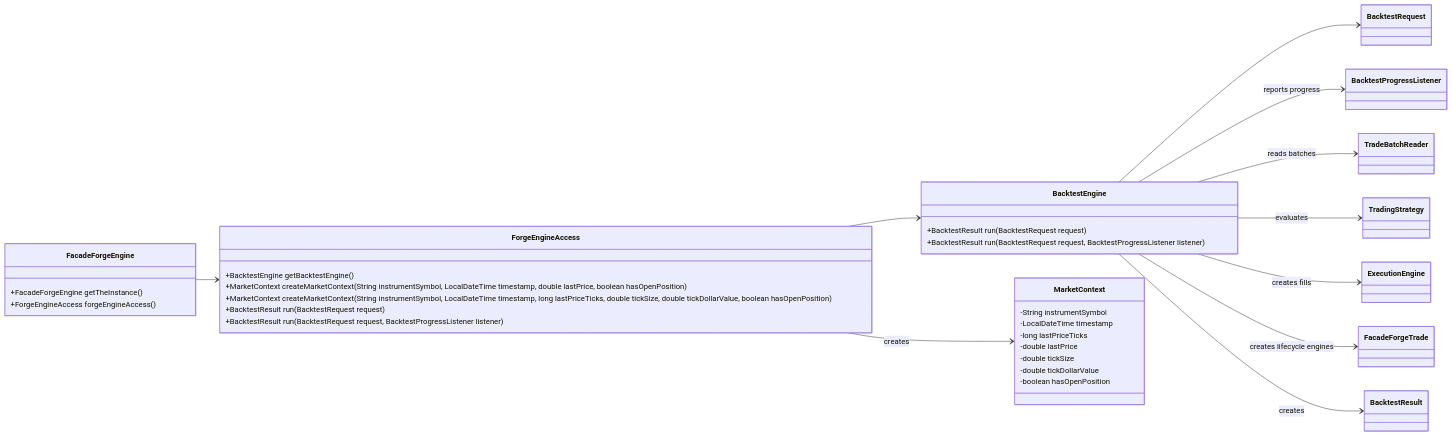
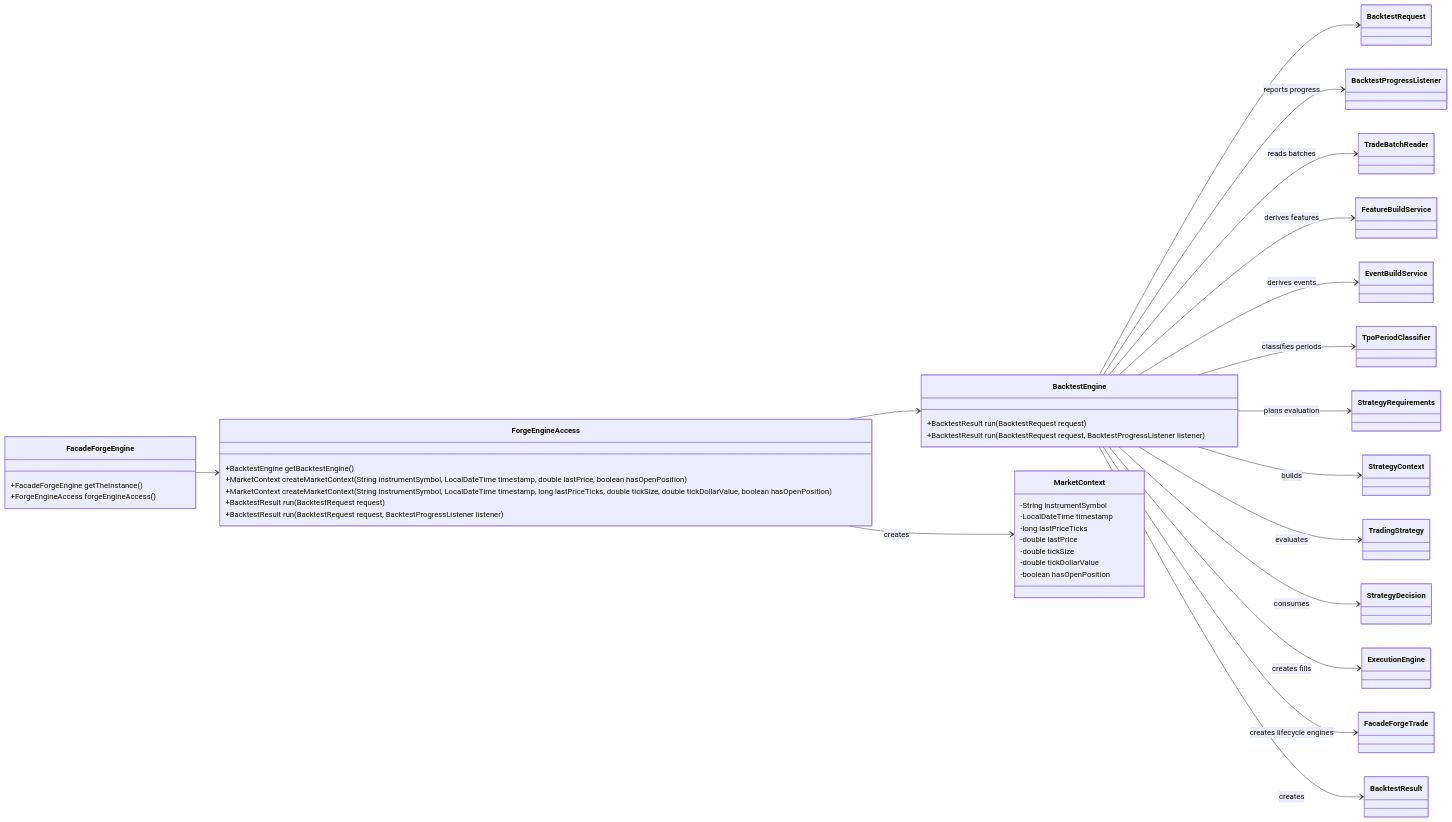
Diagram 14 of 22 in class-model.md (probst-paul/FORGE), drawn with Mermaid before and after one commit. The commit also changed other lines of this file and 14 other files, not shown here.

First line of the commit message:
Add strategy context/decisions and TPO periods

````diff
--- a/class-model.md
+++ b/class-model.md
@@ -906,43 +948,49 @@
 ```mermaid
 classDiagram
     direction LR
 
     class FacadeForgeEngine {
         +FacadeForgeEngine getTheInstance()
         +ForgeEngineAccess forgeEngineAccess()
     }
 
     class ForgeEngineAccess {
         +BacktestEngine getBacktestEngine()
         +MarketContext createMarketContext(String instrumentSymbol, LocalDateTime timestamp, double lastPrice, boolean hasOpenPosition)
         +MarketContext createMarketContext(String instrumentSymbol, LocalDateTime timestamp, long lastPriceTicks, double tickSize, double tickDollarValue, boolean hasOpenPosition)
         +BacktestResult run(BacktestRequest request)
         +BacktestResult run(BacktestRequest request, BacktestProgressListener listener)
     }
 
     class BacktestEngine {
         +BacktestResult run(BacktestRequest request)
         +BacktestResult run(BacktestRequest request, BacktestProgressListener listener)
     }
 
     class MarketContext {
         -String instrumentSymbol
         -LocalDateTime timestamp
         -long lastPriceTicks
         -double lastPrice
         -double tickSize
         -double tickDollarValue
         -boolean hasOpenPosition
     }
 
     FacadeForgeEngine --> ForgeEngineAccess
     ForgeEngineAccess --> BacktestEngine
     ForgeEngineAccess --> MarketContext : creates
     BacktestEngine --> BacktestRequest
     BacktestEngine --> BacktestProgressListener : reports progress
     BacktestEngine --> TradeBatchReader : reads batches
+    BacktestEngine --> FeatureBuildService : derives features
+    BacktestEngine --> EventBuildService : derives events
+    BacktestEngine --> TpoPeriodClassifier : classifies periods
+    BacktestEngine --> StrategyRequirements : plans evaluation
+    BacktestEngine --> StrategyContext : builds
     BacktestEngine --> TradingStrategy : evaluates
+    BacktestEngine --> StrategyDecision : consumes
     BacktestEngine --> ExecutionEngine : creates fills
     BacktestEngine --> FacadeForgeTrade : creates lifecycle engines
     BacktestEngine --> BacktestResult : creates
 ```
````
